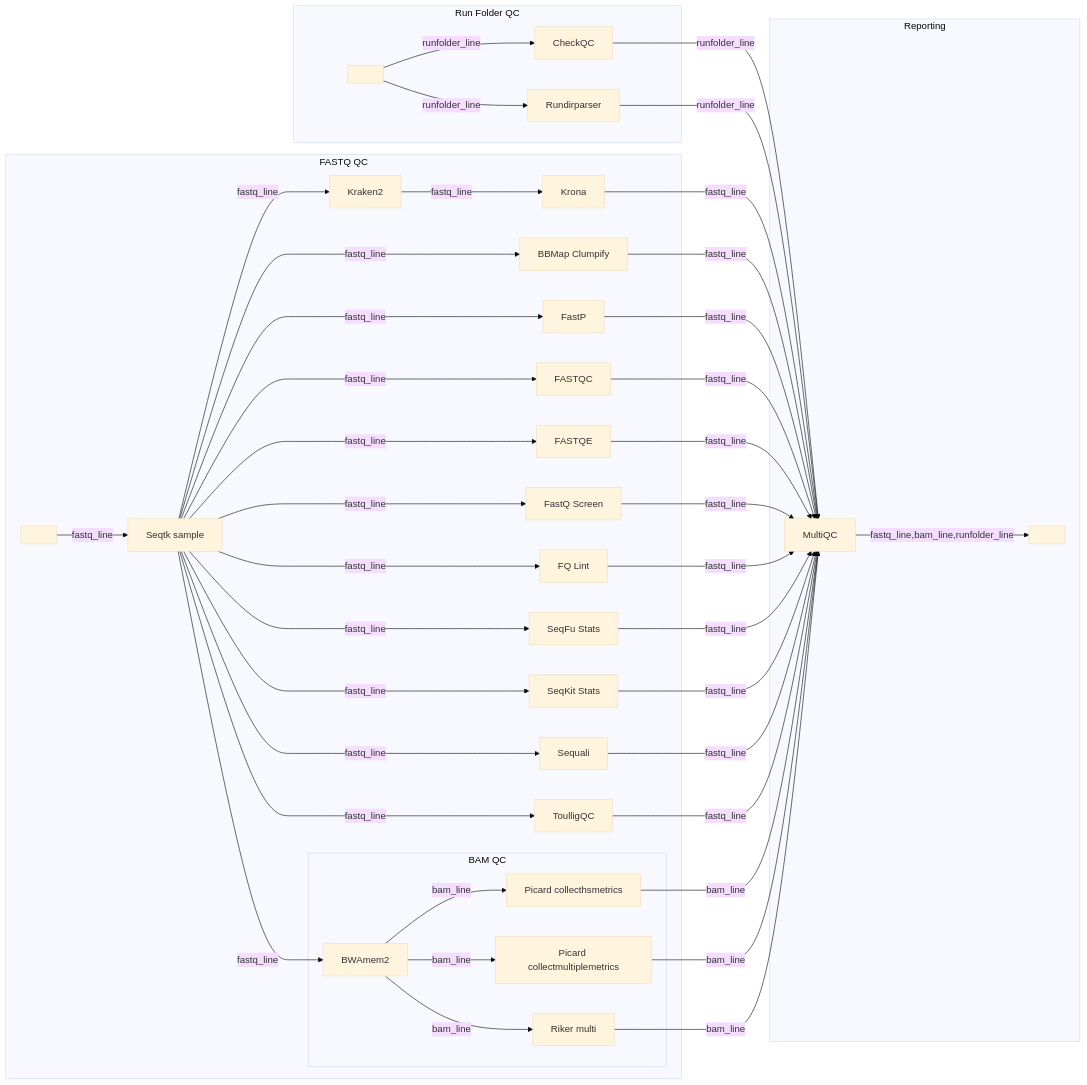
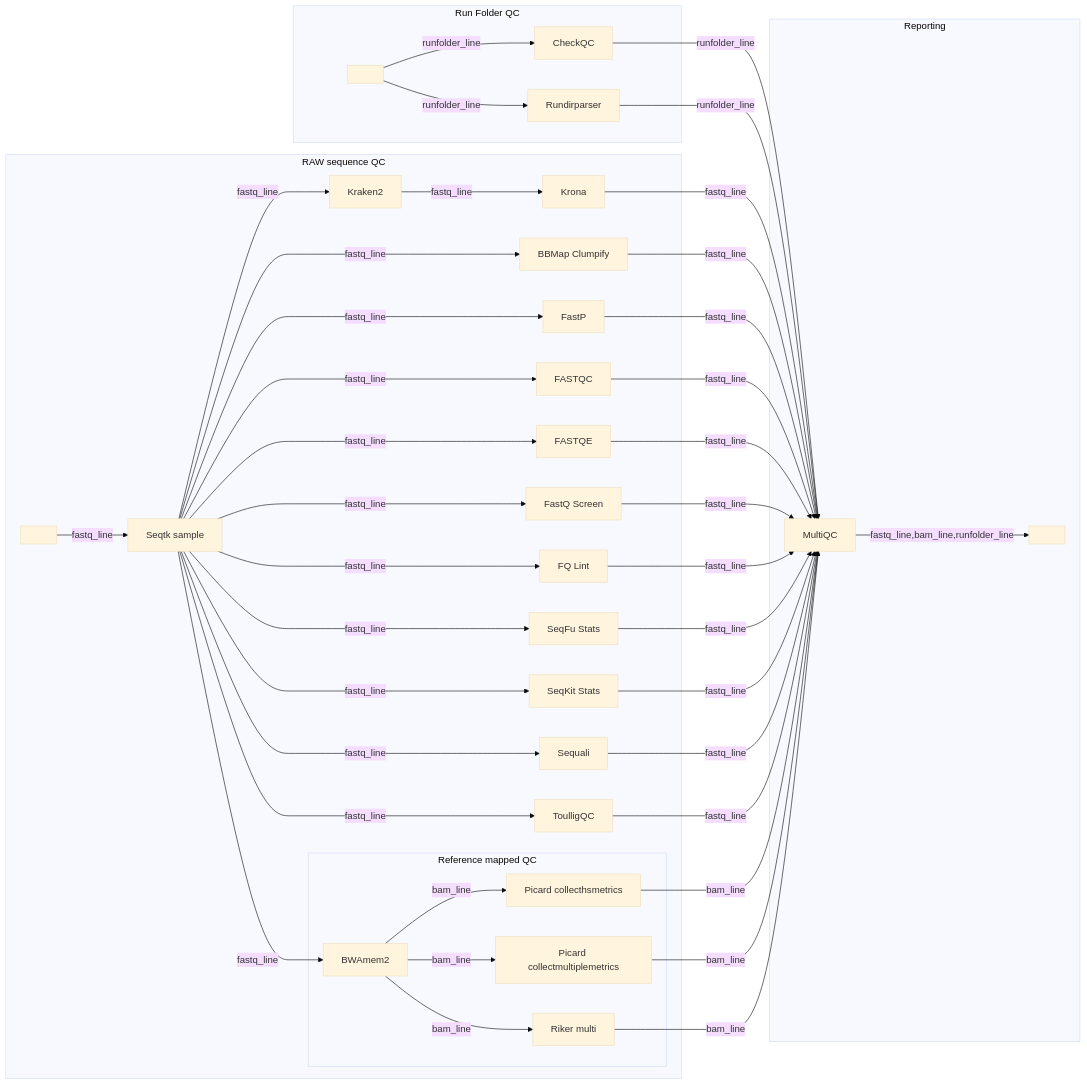
Before and after one commit to nf-core/seqinspector: the diagram in docs/seqinspector.mmd, drawn with Mermaid (base theme). The commit also changed 4 other files, not shown here.

```diff
--- a/docs/seqinspector.mmd
+++ b/docs/seqinspector.mmd
@@ -1,102 +1,102 @@
 %%metro title: nf-core/seqinspector
 %%metro style: dark
 %%metro logo: docs/images/nf-core-seqinspector_logo_dark.png
 
 %%metro line: runfolder_line | Run Folder | #1f77b4
 %%metro line: fastq_line | FASTQ | #ff7f0e
 %%metro line: bam_line | BAM | #24B064
 
 %%metro file: fastq_icon | FASTQ | | banner
 %%metro dir: runfolder_icon | RUNDIR
 %%metro file: multiqc_icon | HTML | | banner
 
 %%metro center_ports: true
 %%metro compact_offsets: true
 %%metro legend: bl
 
 %%metro grid: fastq_graph | 0,0,2
 %%metro grid: runfolder_graph | 1,0
 %%metro grid: bam_graph | 1,1
 %%metro grid: reporting_graph | 2,1,2
 
 graph LR
-    subgraph fastq_graph [FASTQ QC]
+    subgraph fastq_graph [RAW sequence QC]
         fastq_icon[ ]
 
         bbmap[BBMap Clumpify]
         fastp[FastP]
         fastqc[FASTQC]
         fastqe[FASTQE]
         fastqscreen[FastQ Screen]
         fq_lint[FQ Lint]
         kraken2[Kraken2]
         krona[Krona]
         seqfu[SeqFu Stats]
         seqkit[SeqKit Stats]
         seqtk[Seqtk sample]
         sequali[Sequali]
         toulligqc[ToulligQC]
 
         fastq_icon -->|fastq_line| seqtk
 
         seqtk -->|fastq_line| kraken2
         kraken2 -->|fastq_line| krona
 
-        subgraph bam_graph [BAM QC]
+        subgraph bam_graph [Reference mapped QC]
             bwamem2[BWAmem2]
 
             picardhs[Picard collecthsmetrics]
             picardmultiple[Picard collectmultiplemetrics]
             riker[Riker multi]
 
             bwamem2 -->|bam_line| picardhs
             bwamem2 -->|bam_line| picardmultiple
             bwamem2 -->|bam_line| riker
         end
 
         seqtk -->|fastq_line| bbmap
         seqtk -->|fastq_line| fastp
         seqtk -->|fastq_line| fastqc
         seqtk -->|fastq_line| fastqe
         seqtk -->|fastq_line| fastqscreen
         seqtk -->|fastq_line| fq_lint
         seqtk -->|fastq_line| seqfu
         seqtk -->|fastq_line| seqkit
         seqtk -->|fastq_line| sequali
         seqtk -->|fastq_line| toulligqc
     end
 
     subgraph runfolder_graph [Run Folder QC]
         runfolder_icon[ ]
 
         checkqc[CheckQC]
         rundirparser[Rundirparser]
 
         runfolder_icon -->|runfolder_line| checkqc
         runfolder_icon -->|runfolder_line| rundirparser
     end
 
     subgraph reporting_graph [Reporting]
         %%metro direction: TB
         multiqc[MultiQC]
         multiqc -->|fastq_line,bam_line,runfolder_line| multiqc_icon
         multiqc_icon[ ]
     end
 
     bbmap -->|fastq_line| multiqc
     checkqc -->|runfolder_line| multiqc
     fastp -->|fastq_line| multiqc
     fastqc -->|fastq_line| multiqc
     fastqe -->|fastq_line| multiqc
     fastqscreen -->|fastq_line| multiqc
     fq_lint -->|fastq_line| multiqc
     krona -->|fastq_line| multiqc
     picardhs -->|bam_line| multiqc
     picardmultiple -->|bam_line| multiqc
     riker -->|bam_line| multiqc
     rundirparser -->|runfolder_line| multiqc
     seqfu -->|fastq_line| multiqc
     seqkit -->|fastq_line| multiqc
     seqtk -->|fastq_line| bwamem2
     sequali -->|fastq_line| multiqc
     toulligqc -->|fastq_line| multiqc
```
